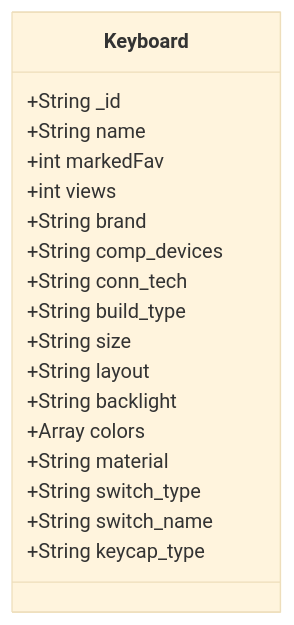
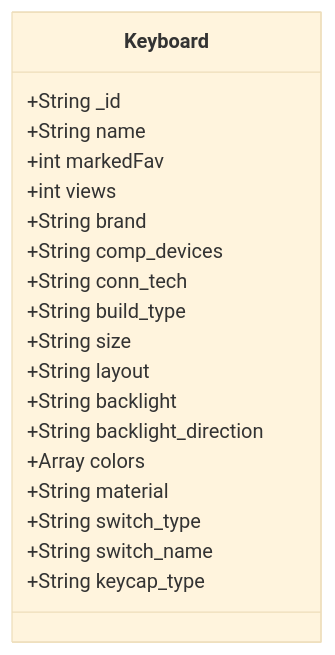
Before and after one commit to Vlastrix/keytastic_backend: the diagram in docs/keyboard.md, drawn with Mermaid (base theme). The commit also changed other lines of this file, not shown here.

````diff
--- a/docs/keyboard.md
+++ b/docs/keyboard.md
@@ -1,21 +1,22 @@
 ```mermaid
 classDiagram
     class Keyboard {
         +String _id  
         +String name
         +int markedFav
         +int views
         +String brand
         +String comp_devices
         +String conn_tech 
         +String build_type
         +String size
         +String layout
         +String backlight
+        +String backlight_direction
         +Array colors
         +String material
         +String switch_type
         +String switch_name
         +String keycap_type
     }
 ```
````
